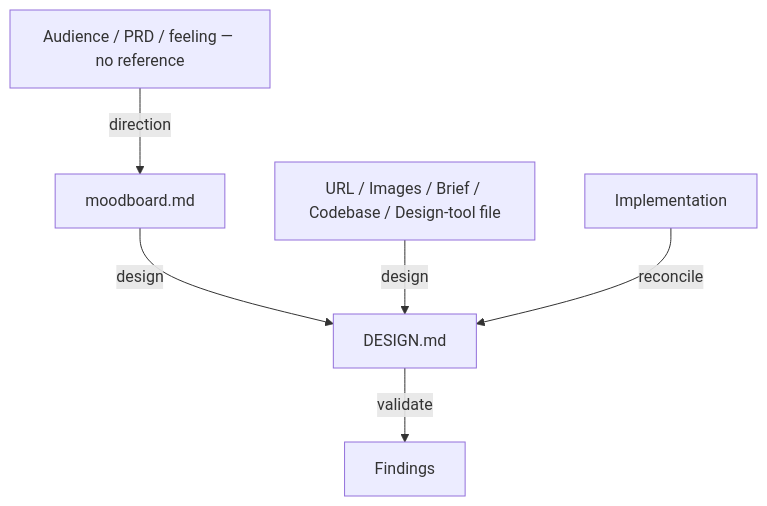
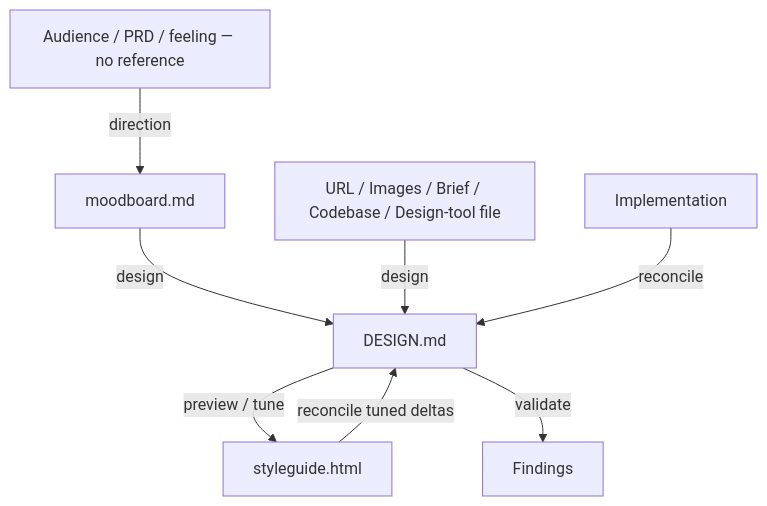
The diagram in skills/product/design-builder/README.md (adeonir/agent-skills), drawn with Mermaid before and after one commit. The commit also changed other lines of this file and 7 other files, not shown here.

First line of the commit message:
feat(design-builder): add token preview, tune, and commit-back

````diff
--- a/skills/product/design-builder/README.md
+++ b/skills/product/design-builder/README.md
@@ -7,8 +7,10 @@
 ```mermaid
 flowchart TD
     Brief[Audience / PRD / feeling — no reference] -->|direction| MB[moodboard.md]
     MB -->|design| B2[DESIGN.md]
     A[URL / Images / Brief / Codebase / Design-tool file] -->|design| B2
+    B2 -->|preview / tune| SG[styleguide.html]
+    SG -->|reconcile tuned deltas| B2
     B2 -->|validate| V[Findings]
     Impl[Implementation] -->|reconcile| B2
 ```
````
